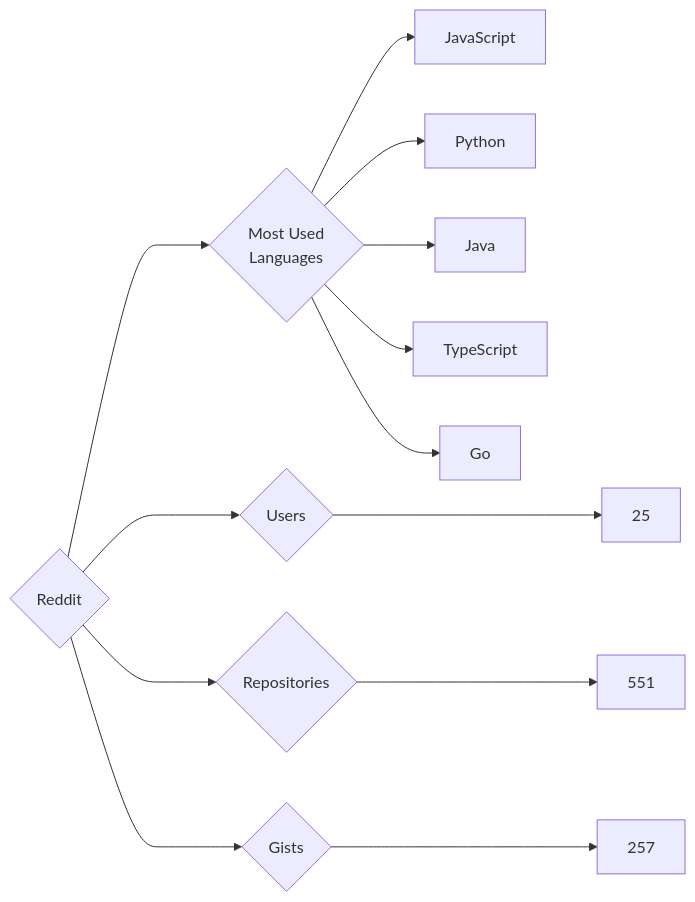
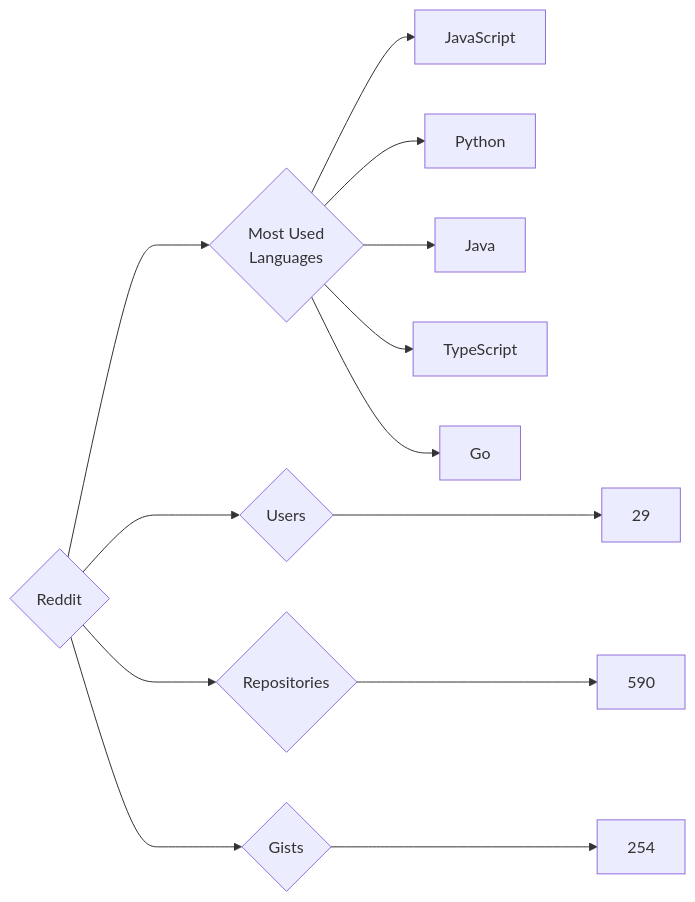
One commit to trickest/insiders changed the diagram in targets/Reddit/README.md. Above: the diagram before and after it, drawn with Mermaid. The commit also changed 953 other files, not shown here.

````diff
--- a/targets/Reddit/README.md
+++ b/targets/Reddit/README.md
@@ -3,13 +3,13 @@
 ```mermaid
 graph LR
 COMPANY_NAME{Reddit}
-COMPANY_NAME ---> U{Users} ---> UN[25]
-COMPANY_NAME ---> R{Repositories} ---> RN[551]
-COMPANY_NAME ---> G{Gists} ---> GN[257]
+COMPANY_NAME ---> U{Users} ---> UN[29]
+COMPANY_NAME ---> R{Repositories} ---> RN[590]
+COMPANY_NAME ---> G{Gists} ---> GN[254]
 COMPANY_NAME ---> ML{Most Used<br>Languages}
 ML --> JavaScript[JavaScript]
 ML --> Python[Python]
 ML --> Java[Java]
 ML --> TypeScript[TypeScript]
 ML --> Go[Go]
 ```
````
